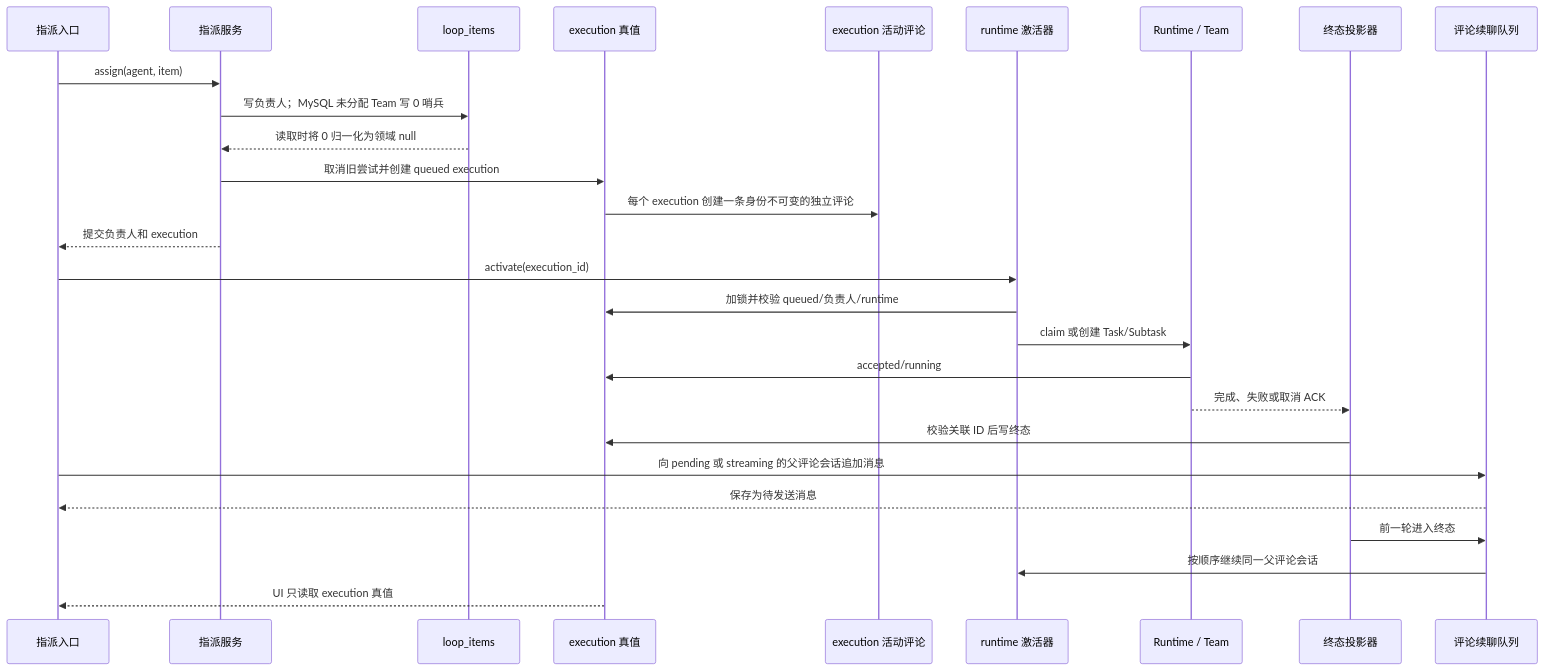
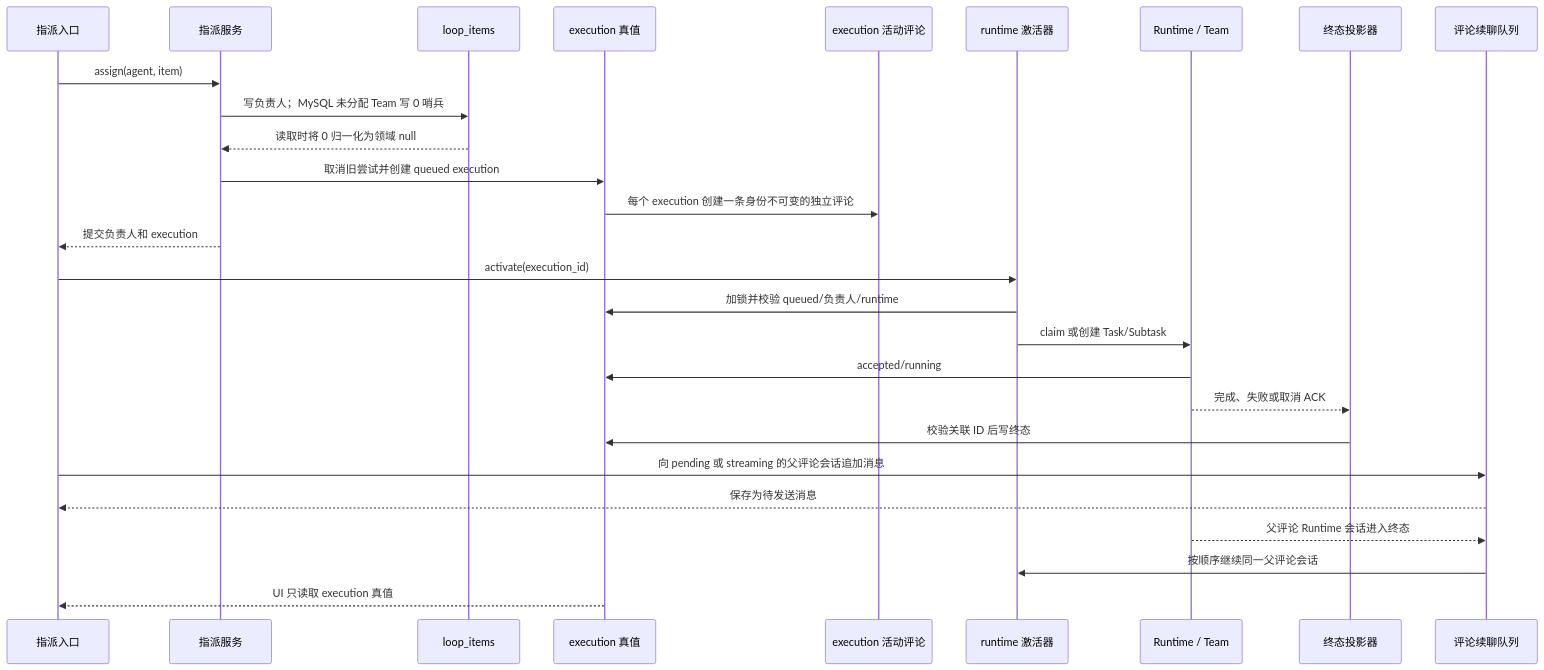
The second of 2 diagrams in docs/zh/architecture/board-automation.md (wecode-ai/Wegent), drawn with Mermaid before and after one commit. The commit also changed 2 other files, not shown here.

Commit message:
test(wework): release held continuation on failure

````diff
--- a/docs/zh/architecture/board-automation.md
+++ b/docs/zh/architecture/board-automation.md
@@ -33,30 +33,30 @@
 ```mermaid
 sequenceDiagram
     participant E as 指派入口
     participant A as 指派服务
     participant I as loop_items
     participant X as execution 真值
     participant C as execution 活动评论
     participant R as runtime 激活器
     participant T as Runtime / Team
     participant P as 终态投影器
     participant Q as 评论续聊队列
 
     E->>A: assign(agent, item)
     A->>I: 写负责人；MySQL 未分配 Team 写 0 哨兵
     I-->>A: 读取时将 0 归一化为领域 null
     A->>X: 取消旧尝试并创建 queued execution
     X->>C: 每个 execution 创建一条身份不可变的独立评论
     A-->>E: 提交负责人和 execution
     E->>R: activate(execution_id)
     R->>X: 加锁并校验 queued/负责人/runtime
     R->>T: claim 或创建 Task/Subtask
     T->>X: accepted/running
     T-->>P: 完成、失败或取消 ACK
     P->>X: 校验关联 ID 后写终态
     E->>Q: 向 pending 或 streaming 的父评论会话追加消息
     Q-->>E: 保存为待发送消息
-    P->>Q: 前一轮进入终态
+    T-->>Q: 父评论 Runtime 会话进入终态
     Q->>R: 按顺序继续同一父评论会话
     X-->>E: UI 只读取 execution 真值
 ```
````
